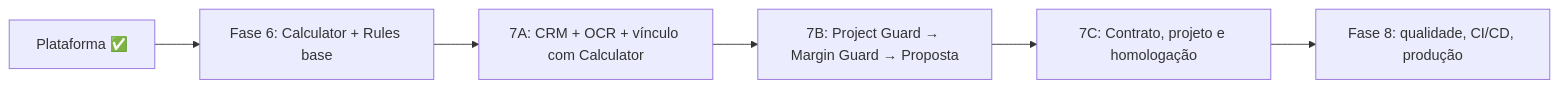
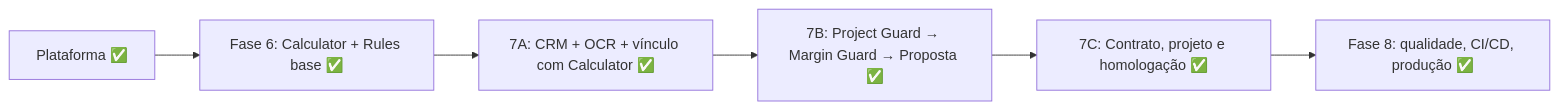
The diagram in docs/09-roadmap/diagnostico-mvp1.md (Eduardo-Lima-Dev/Voltex-SolTech), drawn with Mermaid before and after one commit. The commit also changed other lines of this file, not shown here.

First line of the commit message:
docs(roadmap): diagnóstico do MVP1 passa a mostrar a situação atual

````diff
--- a/docs/09-roadmap/diagnostico-mvp1.md
+++ b/docs/09-roadmap/diagnostico-mvp1.md
@@ -31,8 +54,8 @@
 ```mermaid
 flowchart LR
-    P[Plataforma ✅] --> C6[Fase 6: Calculator + Rules base]
-    C6 --> A7[7A: CRM + OCR + vínculo com Calculator]
-    A7 --> B7[7B: Project Guard → Margin Guard → Proposta]
-    B7 --> C7[7C: Contrato, projeto e homologação]
-    C7 --> Q8[Fase 8: qualidade, CI/CD, produção]
+    P[Plataforma ✅] --> C6[Fase 6: Calculator + Rules base ✅]
+    C6 --> A7[7A: CRM + OCR + vínculo com Calculator ✅]
+    A7 --> B7[7B: Project Guard → Margin Guard → Proposta ✅]
+    B7 --> C7[7C: Contrato, projeto e homologação ✅]
+    C7 --> Q8[Fase 8: qualidade, CI/CD, produção ✅]
 ```
````
